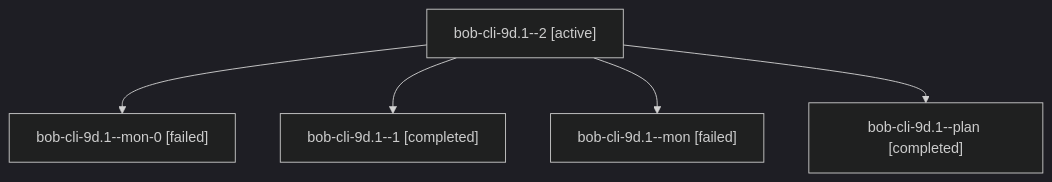
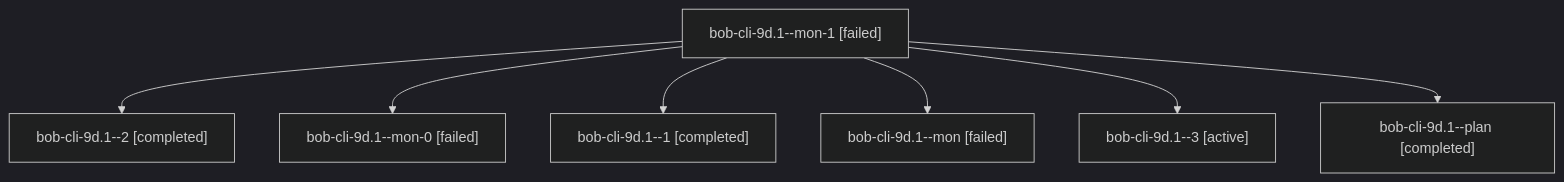
The diagram in sessions/bbugyi200.athena.bob-cli-9d.1.md (bobs-org/bob-cli--agents), drawn with Mermaid (dark theme) before and after one commit. The commit also changed other lines of this file and 26 other files, not shown here.

````diff
--- a/sessions/bbugyi200.athena.bob-cli-9d.1.md
+++ b/sessions/bbugyi200.athena.bob-cli-9d.1.md
@@ -9,12 +9,16 @@
 ```mermaid
 flowchart TD
-  n0["bob-cli-9d.1--2 [active]"]
-  n1["bob-cli-9d.1--mon-0 [failed]"]
+  n0["bob-cli-9d.1--mon-1 [failed]"]
+  n1["bob-cli-9d.1--2 [completed]"]
   n0 --> n1
-  n2["bob-cli-9d.1--1 [completed]"]
+  n2["bob-cli-9d.1--mon-0 [failed]"]
   n0 --> n2
-  n3["bob-cli-9d.1--mon [failed]"]
+  n3["bob-cli-9d.1--1 [completed]"]
   n0 --> n3
-  n4["bob-cli-9d.1--plan [completed]"]
+  n4["bob-cli-9d.1--mon [failed]"]
   n0 --> n4
+  n5["bob-cli-9d.1--3 [active]"]
+  n0 --> n5
+  n6["bob-cli-9d.1--plan [completed]"]
+  n0 --> n6
 ```
````
